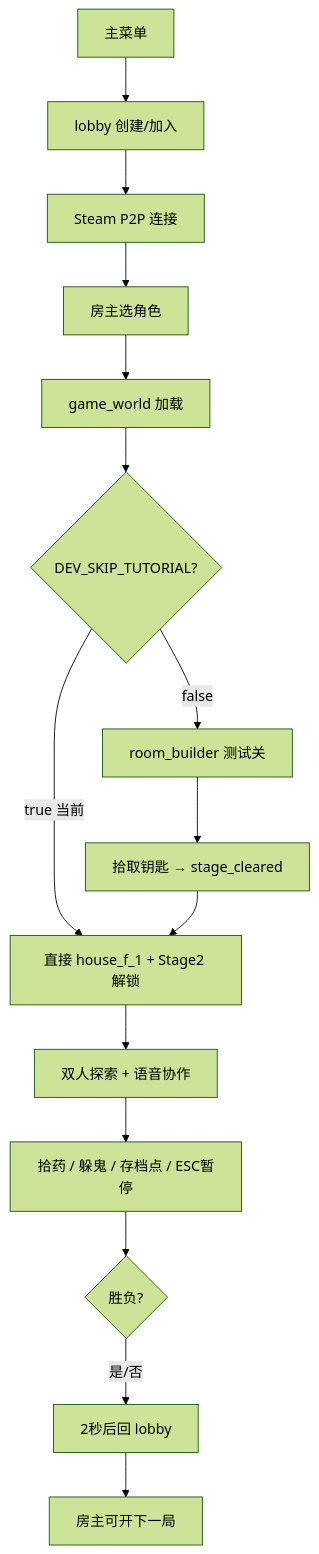
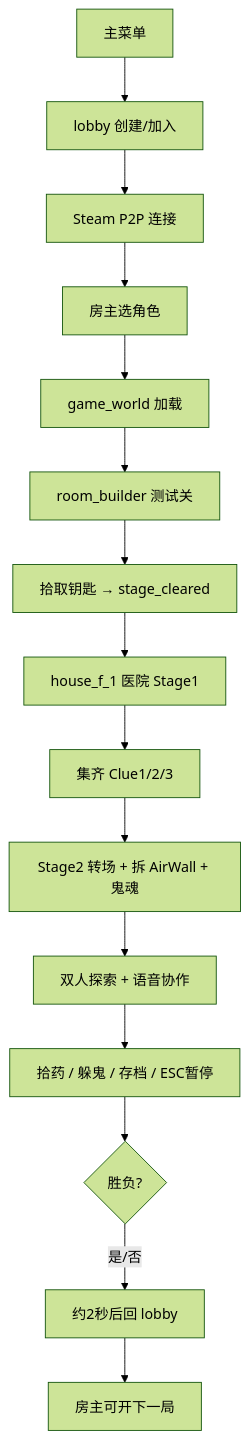
Before and after one commit to 05-chen/The_Game_Jam_Object: the fourth of 5 diagrams in README.md, drawn with Mermaid (forest theme). The commit also changed other lines of this file, not shown here.

````diff
--- a/README.md
+++ b/README.md
@@ -350,17 +335,17 @@
 ```mermaid
 flowchart TD
     A[主菜单] --> B[lobby 创建/加入]
     B --> C[Steam P2P 连接]
     C --> D[房主选角色]
     D --> E[game_world 加载]
-    E --> F{DEV_SKIP_TUTORIAL?}
-    F -->|true 当前| G[直接 house_f_1 + Stage2 解锁]
-    F -->|false| H[room_builder 测试关]
-    H --> I[拾取钥匙 → stage_cleared]
-    I --> G
-    G --> J[双人探索 + 语音协作]
-    J --> K[拾药 / 躲鬼 / 存档点 / ESC暂停]
-    K --> L{胜负?}
-    L -->|是/否| M[2秒后回 lobby]
-    M --> N[房主可开下一局]
+    E --> F[room_builder 测试关]
+    F --> G[拾取钥匙 → stage_cleared]
+    G --> H[house_f_1 医院 Stage1]
+    H --> I[集齐 Clue1/2/3]
+    I --> J[Stage2 转场 + 拆 AirWall + 鬼魂]
+    J --> K[双人探索 + 语音协作]
+    K --> L[拾药 / 躲鬼 / 存档 / ESC暂停]
+    L --> M{胜负?}
+    M -->|是/否| N[约2秒后回 lobby]
+    N --> O[房主可开下一局]
 ```
````
